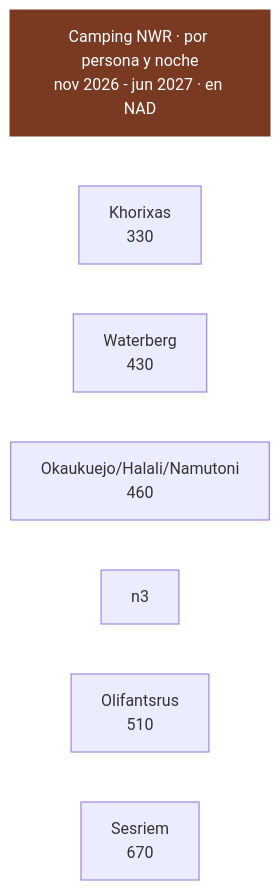
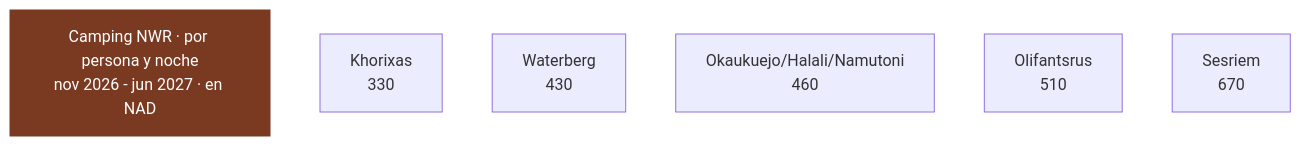
The second of 4 diagrams in 03-alojamiento-y-tasas.md (morandeirachema/namibia), drawn with Mermaid before and after one commit. The commit also changed other lines of this file and 10 other files, not shown here.

````diff
--- a/03-alojamiento-y-tasas.md
+++ b/03-alojamiento-y-tasas.md
@@ -53,16 +53,15 @@
 ```mermaid
-flowchart TD
+flowchart LR
     T["Camping NWR · por persona y noche<br/>nov 2026 - jun 2027 · en NAD"]
     n0["Khorixas<br/>330"]
     n1["Waterberg<br/>430"]
     n2["Okaukuejo/Halali/Namutoni<br/>460"]
     n4["Olifantsrus<br/>510"]
     n5["Sesriem<br/>670"]
     T ~~~ n0
     n0 ~~~ n1
     n1 ~~~ n2
-    n2 ~~~ n3
-    n3 ~~~ n4
+    n2 ~~~ n4
     n4 ~~~ n5
     style T fill:#7a3a22,color:#fff,stroke:#7a3a22
 ```
````
